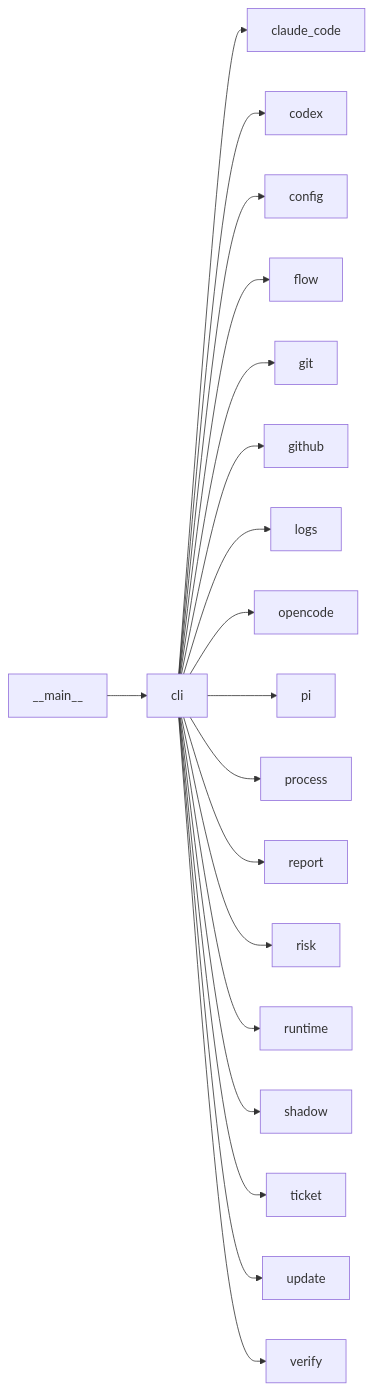
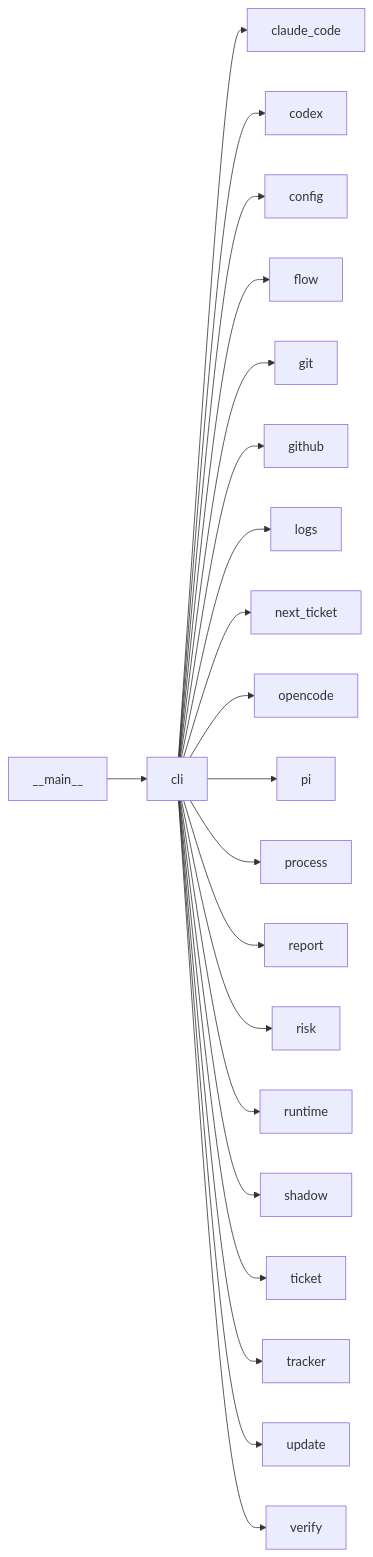
One commit to plaplanche/ariane changed the third of 3 diagrams in docs/architecture/modules/cli.md. Above: the diagram before and after it, drawn with Mermaid. The commit also changed other lines of this file and 42 other files, not shown here.

Commit message:
#223: ariane next: propose the next ticket that can start safely next to the running ones, start it on the owner's confirmation (C11, C22, C23)

````diff
--- a/docs/architecture/modules/cli.md
+++ b/docs/architecture/modules/cli.md
@@ -87,21 +91,23 @@
 ```mermaid
 flowchart LR
   __main__ --> cli
   cli --> claude_code
   cli --> codex
   cli --> config
   cli --> flow
   cli --> git
   cli --> github
   cli --> logs
+  cli --> next_ticket
   cli --> opencode
   cli --> pi
   cli --> process
   cli --> report
   cli --> risk
   cli --> runtime
   cli --> shadow
   cli --> ticket
+  cli --> tracker
   cli --> update
   cli --> verify
 ```
````
